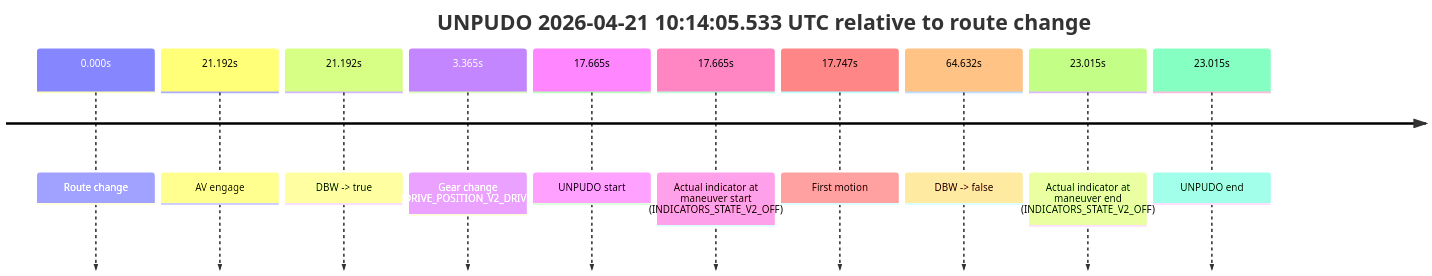
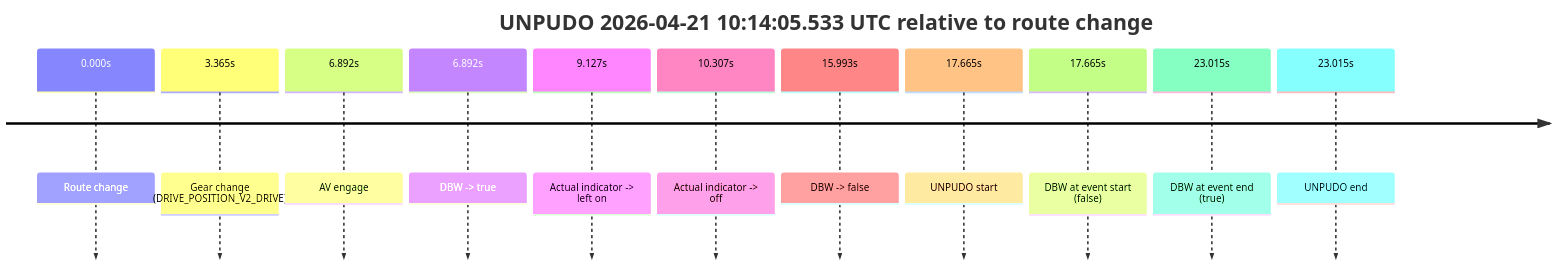
The first of 4 diagrams in model_analysis/report_cards/2026/04/Week-4/fme20032--2026-04-21--10-09-14--gen2-av-fac6131e-754a-43f8-abc1-f99abb4ea8af.md (yoelshapiro/vault), drawn with Mermaid before and after one commit. The commit also changed other lines of this file and 85 other files, not shown here.

````diff
--- a/model_analysis/report_cards/2026/04/Week-4/fme20032--2026-04-21--10-09-14--gen2-av-fac6131e-754a-43f8-abc1-f99abb4ea8af.md
+++ b/model_analysis/report_cards/2026/04/Week-4/fme20032--2026-04-21--10-09-14--gen2-av-fac6131e-754a-43f8-abc1-f99abb4ea8af.md
@@ -43,14 +44,15 @@
 ```mermaid
 timeline
     title UNPUDO 2026-04-21 10:14:05.533 UTC relative to route change
     0.000s : Route change
-    21.192s : AV engage
-    21.192s : DBW -> true
     3.365s : Gear change (DRIVE_POSITION_V2_DRIVE)
+    6.892s : AV engage
+    6.892s : DBW -> true
+    9.127s : Actual indicator -> left on
+    10.307s : Actual indicator -> off
+    15.993s : DBW -> false
     17.665s : UNPUDO start
-    17.665s : Actual indicator at maneuver start (INDICATORS_STATE_V2_OFF)
-    17.747s : First motion
-    64.632s : DBW -> false
-    23.015s : Actual indicator at maneuver end (INDICATORS_STATE_V2_OFF)
+    17.665s : DBW at event start (false)
+    23.015s : DBW at event end (true)
     23.015s : UNPUDO end
 ```
````
